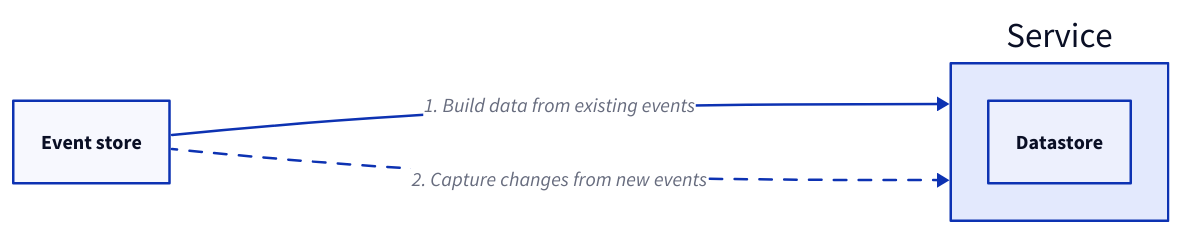
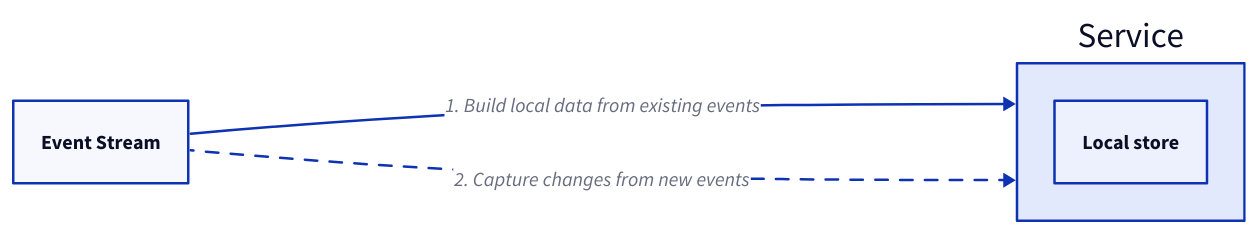
One commit to link1905/system-design-101 changed the seventh of 17 diagrams in content/docs/design-patterns/event-driven-architecture/event-sourcing.md. Above: the diagram before and after it, drawn with D2. The commit also changed other lines of this file and 11 other files, not shown here.

````diff
--- a/content/docs/design-patterns/event-driven-architecture/event-sourcing.md
+++ b/content/docs/design-patterns/event-driven-architecture/event-sourcing.md
@@ -196,15 +184,15 @@
 ```d2
 direction: right
-m: Event store {
+m: Event Stream {
     class: mq
 }
 s1: Service {
-    store: Datastore {
+    store: Local store {
         class: db
     }
 }
-s1 <- m: 1. Build data from existing events
+s1 <- m: 1. Build local data from existing events
 s1 <- m: 2. Capture changes from new events {
     style.animated: true
 }
 ```
````
